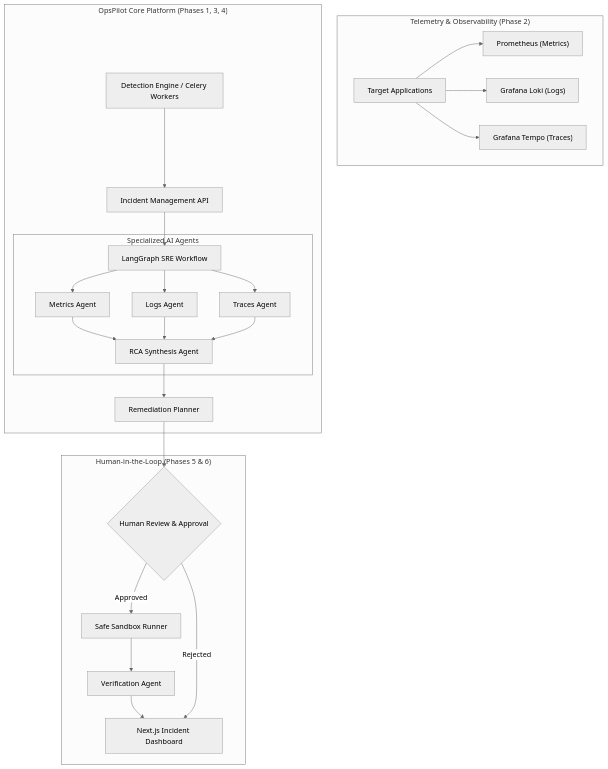
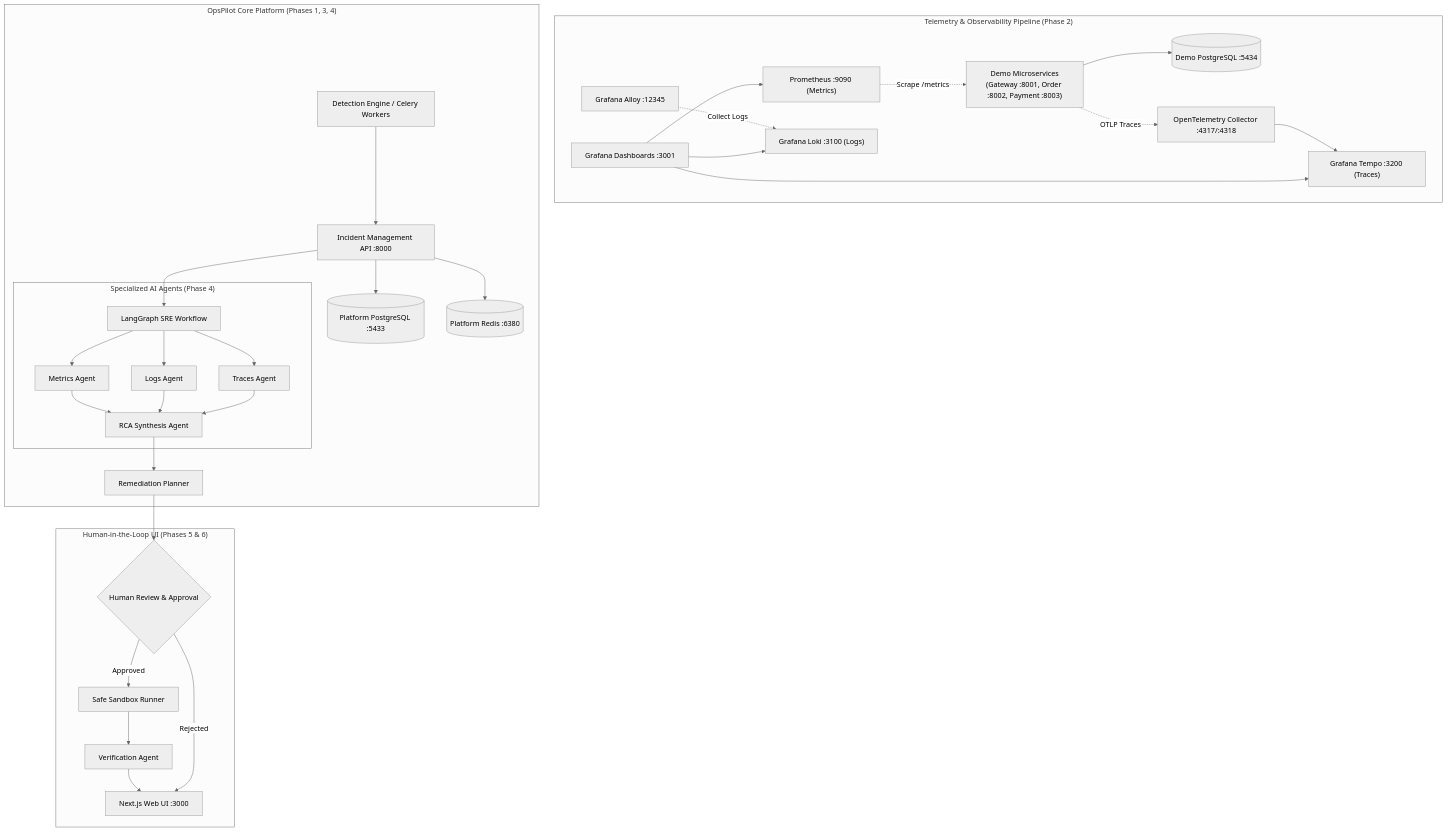
Before and after one commit to Anshuman-utd/OpsPilot: the diagram in README.md, drawn with Mermaid (neutral theme). The commit also changed other lines of this file and 1 other file, not shown here.

Commit message:
docs: document phase 2 architecture and fault scenarios

````diff
--- a/README.md
+++ b/README.md
@@ -31,30 +31,46 @@
 ```mermaid
 flowchart TD
-    subgraph Observability ["Telemetry & Observability (Phase 2)"]
-        APP["Target Applications"] --> METRICS["Prometheus (Metrics)"]
-        APP --> LOGS["Grafana Loki (Logs)"]
-        APP --> TRACES["Grafana Tempo (Traces)"]
+    subgraph Observability ["Telemetry & Observability Pipeline (Phase 2)"]
+        DEMO_APPS["Demo Microservices<br/>(Gateway :8001, Order :8002, Payment :8003)"]
+        DEMO_DB[("Demo PostgreSQL :5434")]
+        DEMO_APPS --> DEMO_DB
+        
+        COLLECTOR["OpenTelemetry Collector :4317/:4318"]
+        TEMPO["Grafana Tempo :3200 (Traces)"]
+        PROM["Prometheus :9090 (Metrics)"]
+        ALLOY["Grafana Alloy :12345"]
+        LOKI["Grafana Loki :3100 (Logs)"]
+        GRAFANA["Grafana Dashboards :3001"]
+
+        DEMO_APPS -.->|OTLP Traces| COLLECTOR
+        COLLECTOR --> TEMPO
+        PROM -.->|Scrape /metrics| DEMO_APPS
+        ALLOY -.->|Collect Logs| LOKI
+        GRAFANA --> PROM & LOKI & TEMPO
     end
 
     subgraph CoreEngine ["OpsPilot Core Platform (Phases 1, 3, 4)"]
-        DETECTION["Detection Engine / Celery Workers"] --> INCIDENT["Incident Management API"]
+        DETECTION["Detection Engine / Celery Workers"] --> INCIDENT["Incident Management API :8000"]
+        PLATFORM_DB[("Platform PostgreSQL :5433")]
+        PLATFORM_REDIS[("Platform Redis :6380")]
+        INCIDENT --> PLATFORM_DB & PLATFORM_REDIS
         INCIDENT --> GRAPH["LangGraph SRE Workflow"]
         
-        subgraph Agents ["Specialized AI Agents"]
+        subgraph Agents ["Specialized AI Agents (Phase 4)"]
             GRAPH --> MA["Metrics Agent"]
             GRAPH --> LA["Logs Agent"]
             GRAPH --> TA["Traces Agent"]
             MA & LA & TA --> RCA["RCA Synthesis Agent"]
         end
 
         RCA --> REMEDIATION["Remediation Planner"]
     end
 
-    subgraph UserInterface ["Human-in-the-Loop (Phases 5 & 6)"]
+    subgraph UserInterface ["Human-in-the-Loop UI (Phases 5 & 6)"]
         REMEDIATION --> HITL{"Human Review & Approval"}
         HITL -- "Approved" --> RUNNER["Safe Sandbox Runner"]
         RUNNER --> VERIFY["Verification Agent"]
-        VERIFY --> DASHBOARD["Next.js Incident Dashboard"]
+        VERIFY --> DASHBOARD["Next.js Web UI :3000"]
         HITL -- "Rejected" --> DASHBOARD
     end
 ```
````
